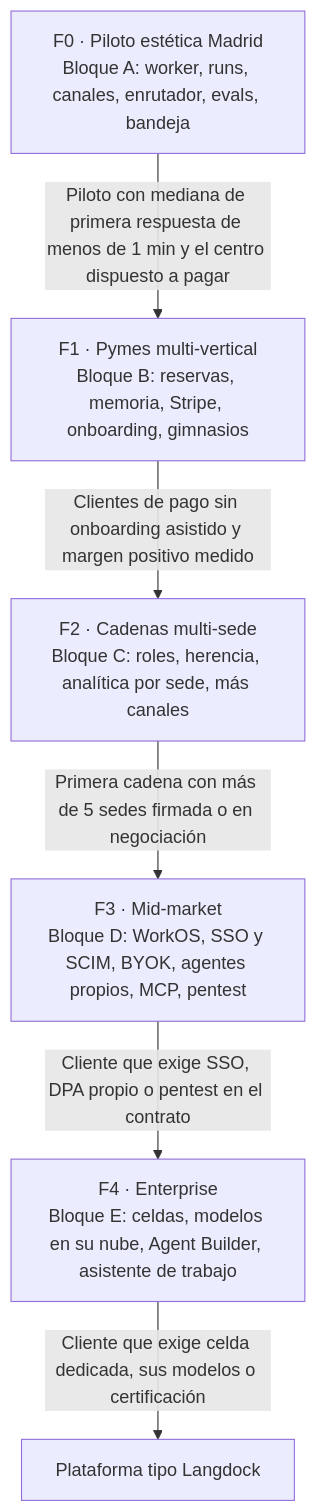
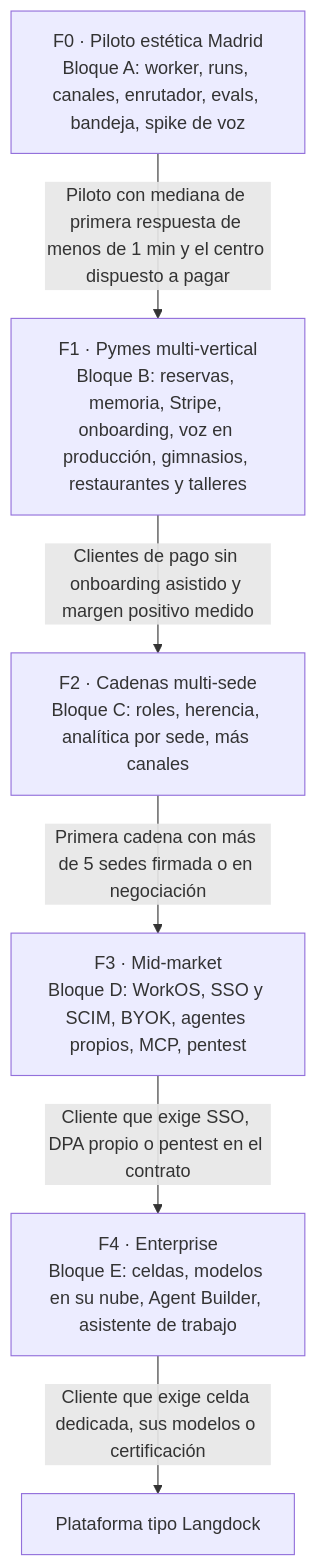
Before and after one commit to dsvmotion/moodly: the second of 3 diagrams in docs/design/roadmap-enterprise.md, drawn with Mermaid. The commit also changed other lines of this file, not shown here.

Commit message:
Docs: la voz entra en la hoja de ruta como canal principal (roadmap-enterprise)

````diff
--- a/docs/design/roadmap-enterprise.md
+++ b/docs/design/roadmap-enterprise.md
@@ -708,14 +774,14 @@
 ```mermaid
 flowchart TD
-  F0["F0 · Piloto estética Madrid<br/>Bloque A: worker, runs, canales, enrutador, evals, bandeja"]
-  F1["F1 · Pymes multi-vertical<br/>Bloque B: reservas, memoria, Stripe, onboarding, gimnasios"]
+  F0["F0 · Piloto estética Madrid<br/>Bloque A: worker, runs, canales, enrutador, evals, bandeja, spike de voz"]
+  F1["F1 · Pymes multi-vertical<br/>Bloque B: reservas, memoria, Stripe, onboarding, voz en producción, gimnasios, restaurantes y talleres"]
   F2["F2 · Cadenas multi-sede<br/>Bloque C: roles, herencia, analítica por sede, más canales"]
   F3["F3 · Mid-market<br/>Bloque D: WorkOS, SSO y SCIM, BYOK, agentes propios, MCP, pentest"]
   F4["F4 · Enterprise<br/>Bloque E: celdas, modelos en su nube, Agent Builder, asistente de trabajo"]
 
   F0 -->|"Piloto con mediana de primera respuesta de menos de 1 min y el centro dispuesto a pagar"| F1
   F1 -->|"Clientes de pago sin onboarding asistido y margen positivo medido"| F2
   F2 -->|"Primera cadena con más de 5 sedes firmada o en negociación"| F3
   F3 -->|"Cliente que exige SSO, DPA propio o pentest en el contrato"| F4
   F4 -->|"Cliente que exige celda dedicada, sus modelos o certificación"| FIN["Plataforma tipo Langdock"]
 ```
````
